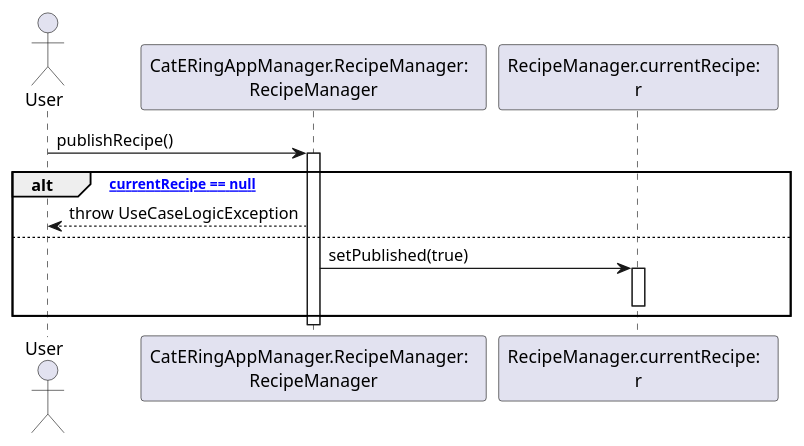
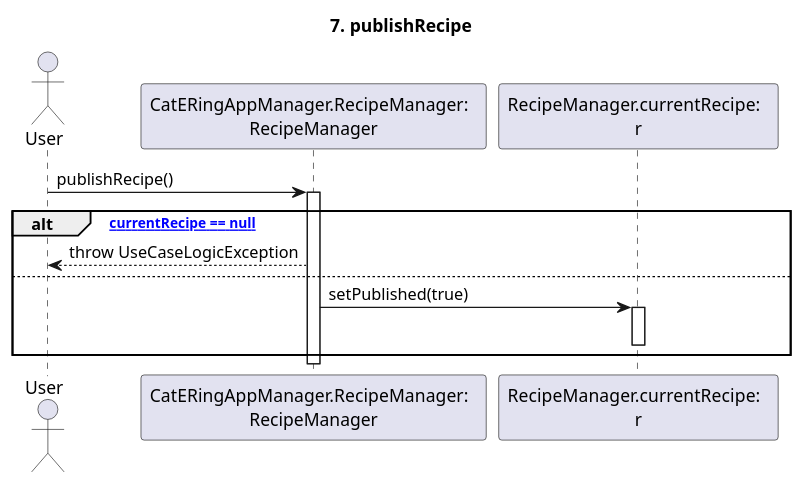
The diagram in dsd/dsd-ricette/7-publishRecipe.md (m0canu1/sas), drawn with PlantUML before and after one commit. The commit also changed 15 other files, not shown here.

````diff
--- a/dsd/dsd-ricette/7-publishRecipe.md
+++ b/dsd/dsd-ricette/7-publishRecipe.md
@@ -1,19 +1,22 @@
 ```plantuml
+
+title: 7. publishRecipe
+
 Actor User
 Participant "CatERingAppManager.RecipeManager:  \nRecipeManager" as RM
 Participant "RecipeManager.currentRecipe:  \nr" as CR
 
 User -> RM: publishRecipe()
 Activate RM
 
 alt ["currentRecipe == null"]
 	RM --> User: throw UseCaseLogicException
 else 
 	RM -> CR: setPublished(true)
 	Activate CR
 	Deactivate CR
 end
 Deactivate RM
 
 
 ```
````
